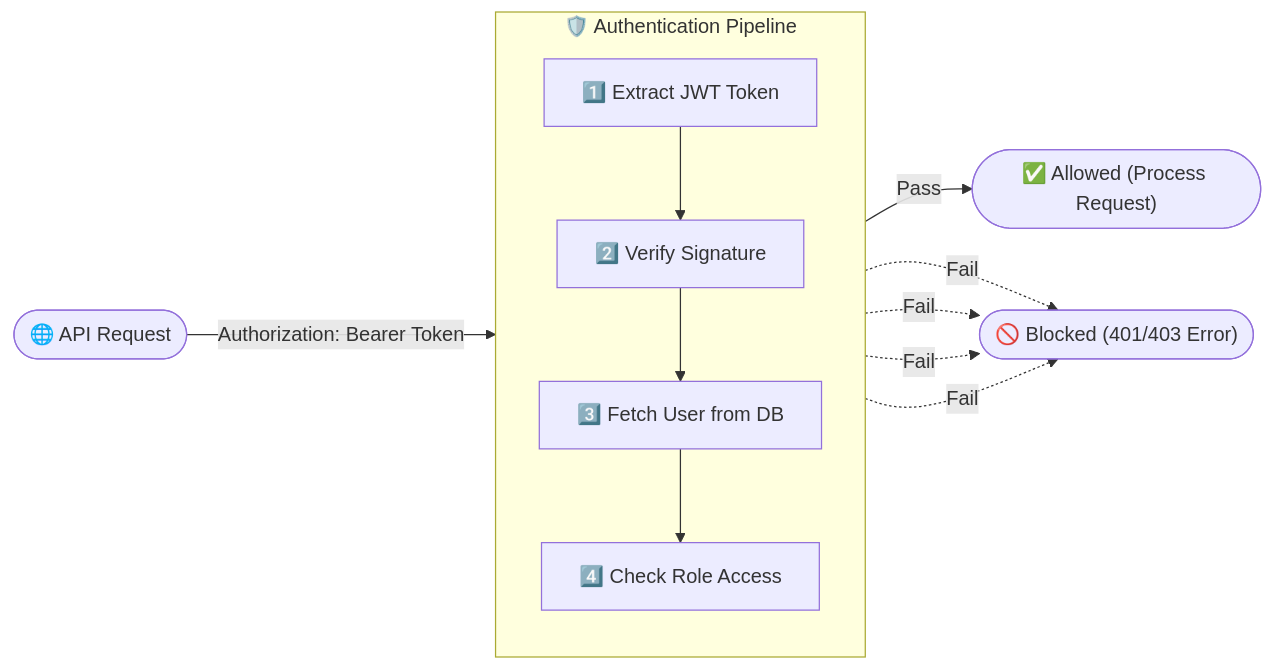
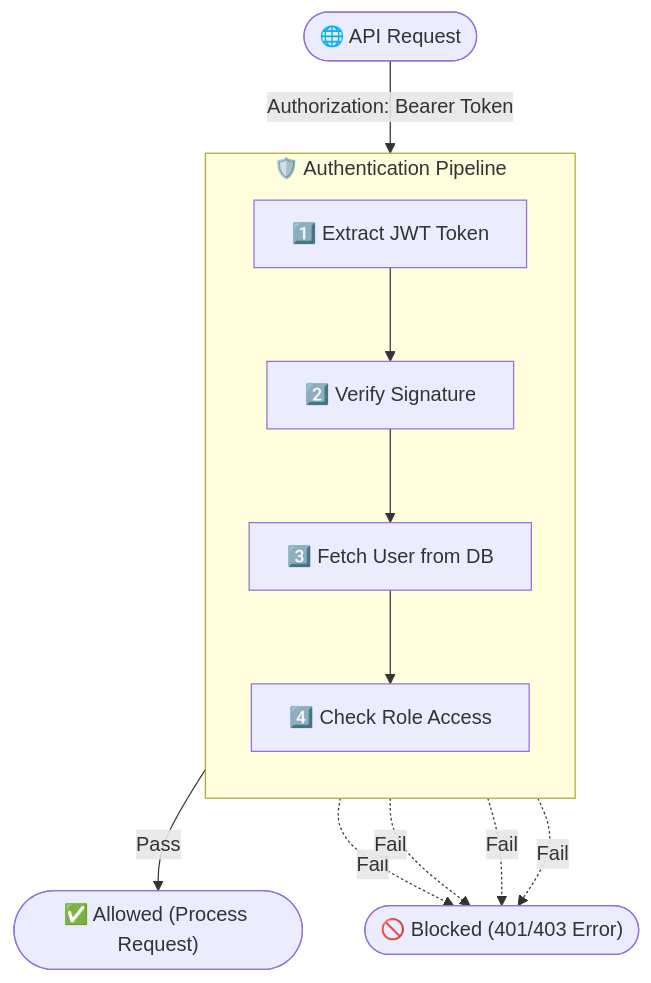
One commit to Himanshu-Singh11/Feedback-Collector changed the second of 2 diagrams in README.md. Above: the diagram before and after it, drawn with Mermaid.

Commit message:
docs: Revert to TD layout and point arrow to subgraph boundary to fix title overlap

````diff
--- a/README.md
+++ b/README.md
@@ -141,25 +141,25 @@
 ```mermaid
-flowchart LR
+flowchart TD
     Request(["🌐 API Request"])
     
     subgraph Middleware ["🛡️ Authentication Pipeline"]
         direction TB
         T["1️⃣ Extract JWT Token"]
         V["2️⃣ Verify Signature"]
         U["3️⃣ Fetch User from DB"]
         R["4️⃣ Check Role Access"]
         
         T --> V --> U --> R
     end
     
     Block(["🚫 Blocked (401/403 Error)"])
     Allow(["✅ Allowed (Process Request)"])
 
-    Request -- "Authorization: Bearer Token" --> T
+    Request -- "Authorization: Bearer Token" --> Middleware
     R -- "Pass" --> Allow
     
     T -. "Fail" .-> Block
     V -. "Fail" .-> Block
     U -. "Fail" .-> Block
     R -. "Fail" .-> Block
 ```
````
